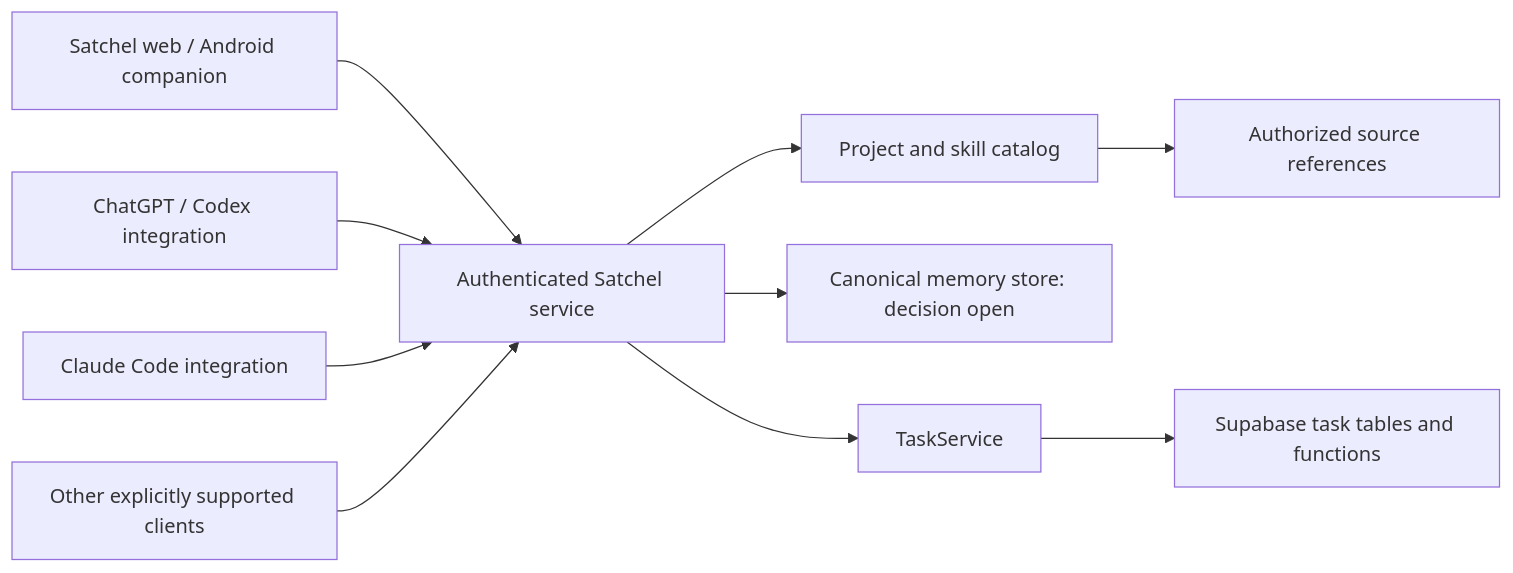
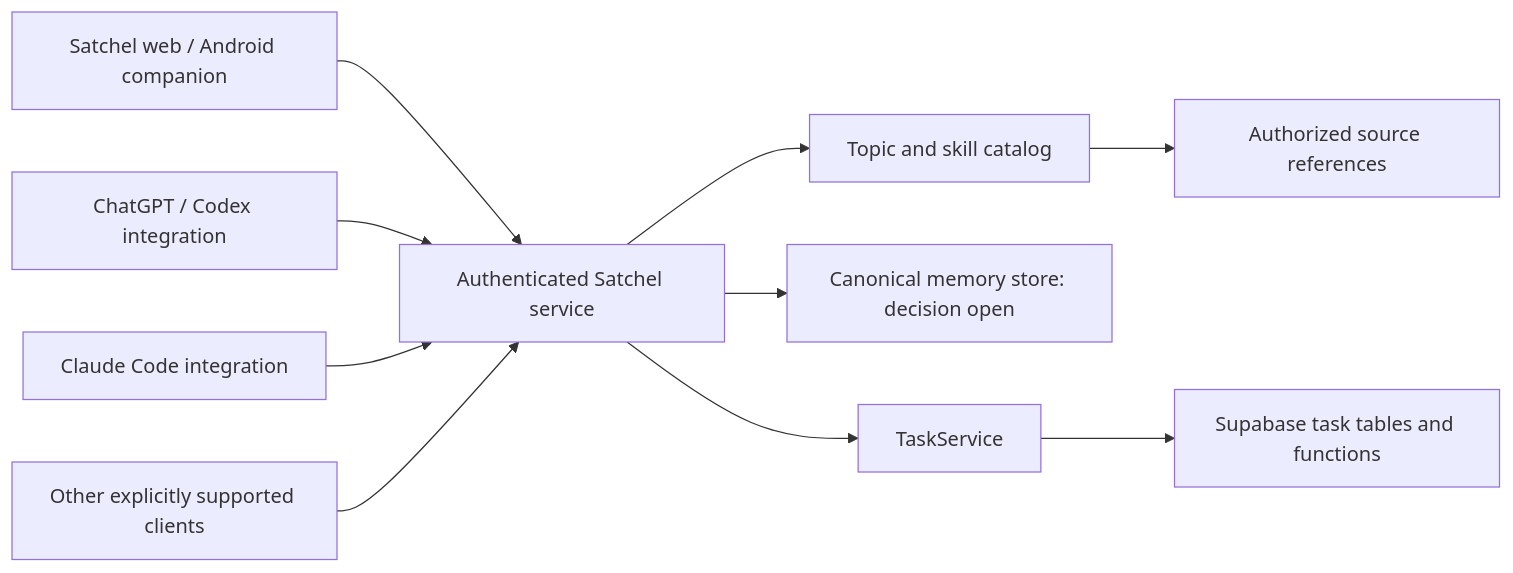
One commit to NeerajG03/satchel changed the diagram in docs/architecture.md. Above: the diagram before and after it, drawn with Mermaid. The commit also changed other lines of this file and 141 other files, not shown here.

````diff
--- a/docs/architecture.md
+++ b/docs/architecture.md
@@ -34,12 +34,12 @@
 ```mermaid
 flowchart LR
     C[Satchel web / Android companion] --> A[Authenticated Satchel service]
     O[ChatGPT / Codex integration] --> A
     L[Claude Code integration] --> A
     X[Other explicitly supported clients] --> A
-    A --> P[Project and skill catalog]
+    A --> P[Topic and skill catalog]
     A --> M[Canonical memory store: decision open]
     A --> T[TaskService]
     T --> G[Supabase task tables and functions]
     P --> S[Authorized source references]
 ```
````
